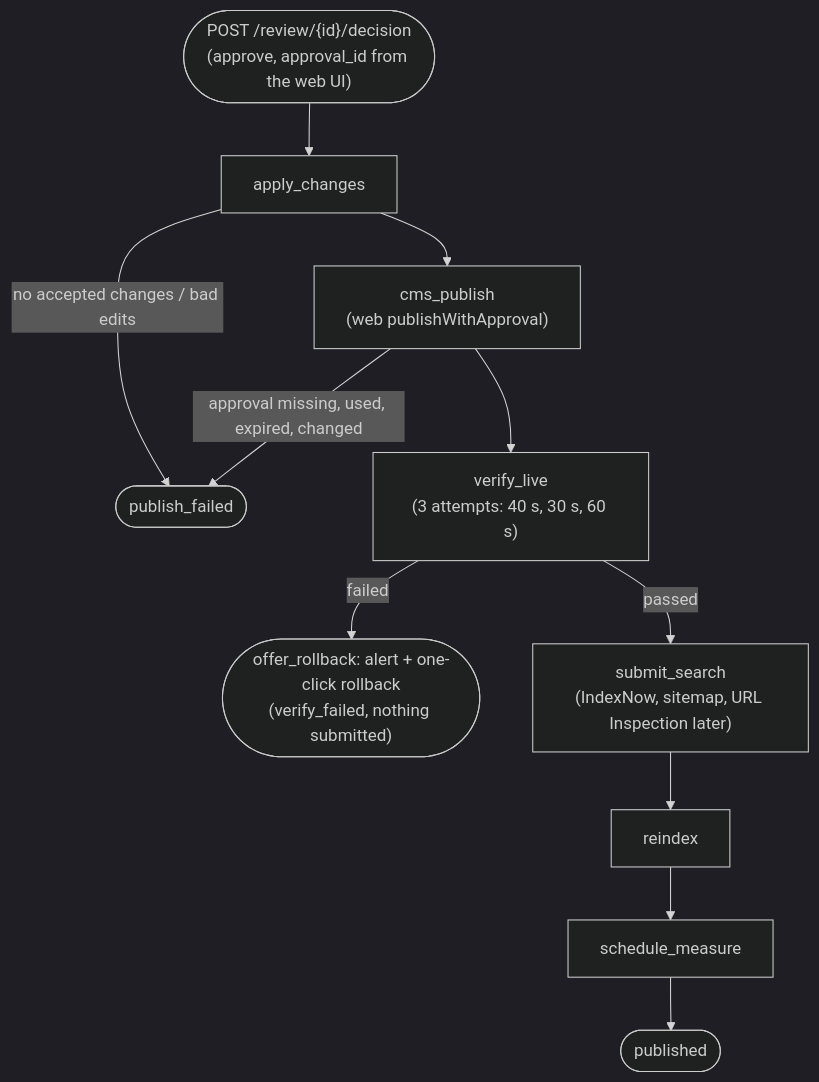
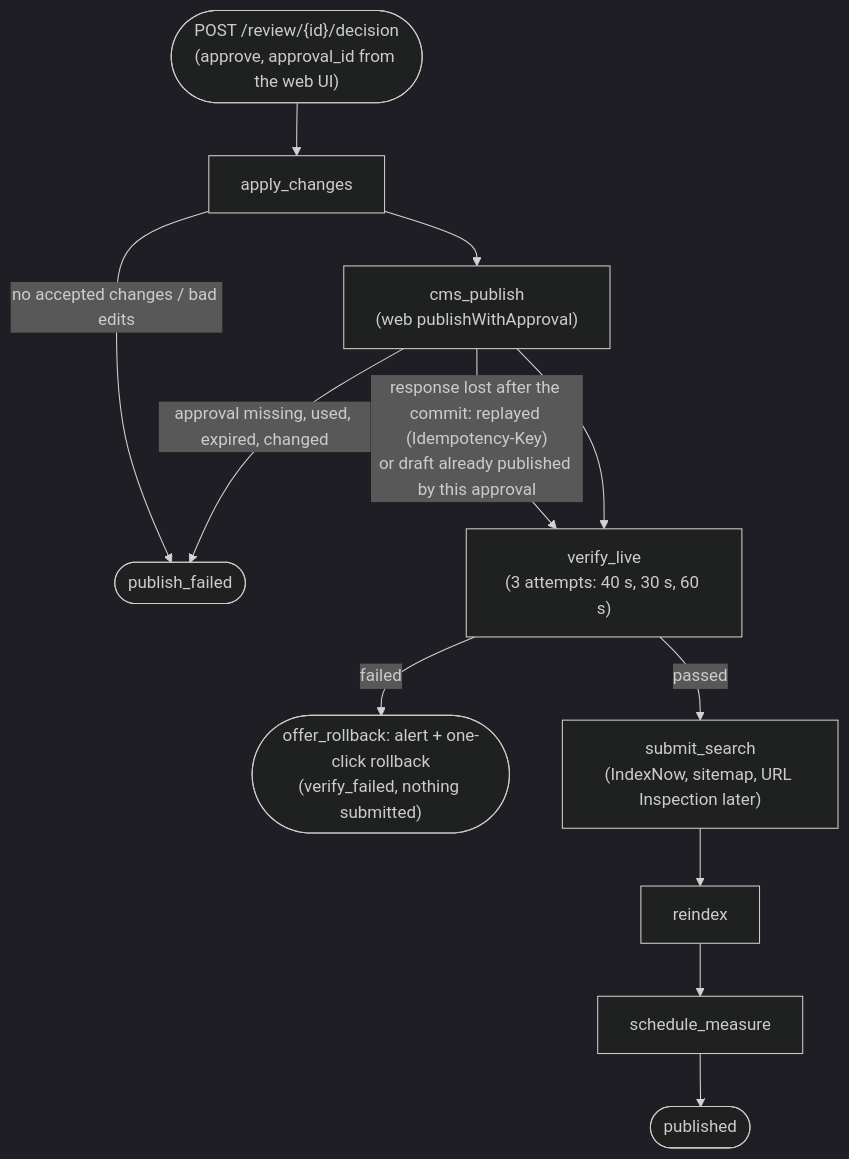
One commit to mrjithendar/moks-cms changed the fourth of 6 diagrams in services/www/docs/seo/FLOWS.md. Above: the diagram before and after it, drawn with Mermaid (dark theme). The commit also changed other lines of this file and 7 other files, not shown here.

First line of the commit message:
fix(www/seo-agent): idempotent publish replay for the approval, draft summary fields, docs

````diff
--- a/services/www/docs/seo/FLOWS.md
+++ b/services/www/docs/seo/FLOWS.md
@@ -114,10 +114,11 @@
 ```mermaid
 flowchart TD
   D(["POST /review/{id}/decision\n(approve, approval_id from the web UI)"]) --> AC[apply_changes]
   AC -->|no accepted changes / bad edits| ST([publish_failed])
   AC --> CP["cms_publish\n(web publishWithApproval)"]
   CP -->|approval missing, used, expired, changed| ST
+  CP -->|"response lost after the commit: replayed (Idempotency-Key)\nor draft already published by this approval"| VL
   CP --> VL["verify_live\n(3 attempts: 40 s, 30 s, 60 s)"]
   VL -->|failed| RB(["offer_rollback: alert + one-click rollback\n(verify_failed, nothing submitted)"])
   VL -->|passed| SU["submit_search\n(IndexNow, sitemap, URL Inspection later)"] --> RI[reindex] --> SM[schedule_measure] --> P([published])
 ```
````
